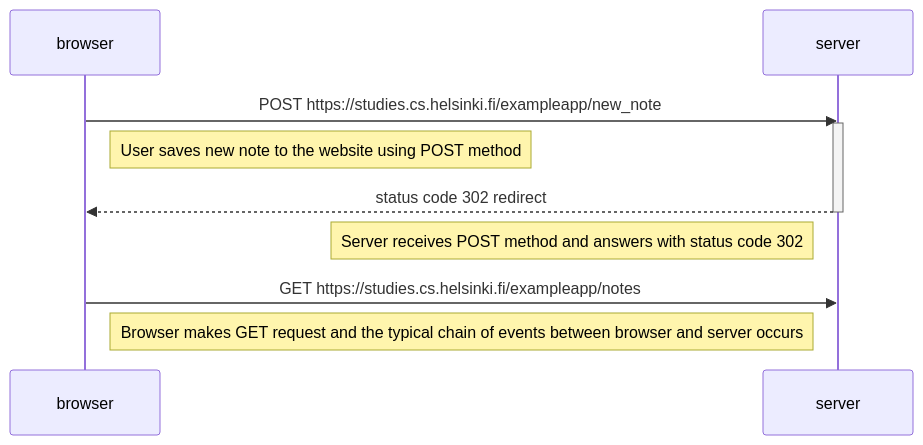
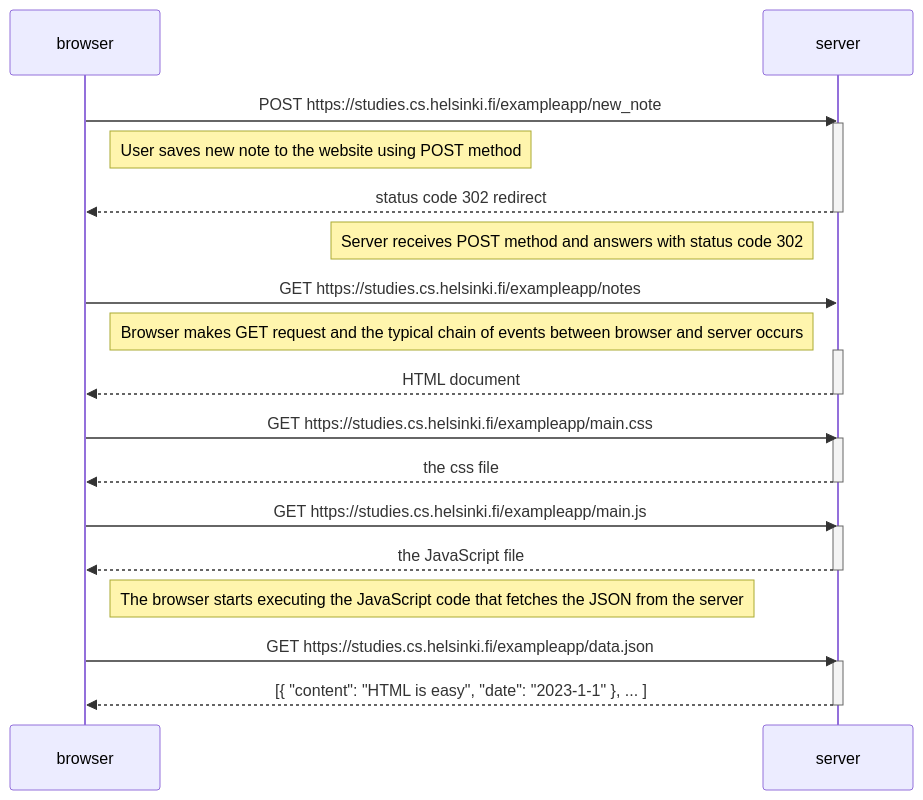
One commit to Waltter2211/Full-stack-palautus changed the diagram in Tehtävä 0.4.md. Above: the diagram before and after it, drawn with Mermaid.

Commit message:
Update Tehtävä 0.4.md

````diff
--- a/Tehtävä 0.4.md
+++ b/Tehtävä 0.4.md
@@ -1,14 +1,34 @@
 ```mermaid
 sequenceDiagram
     participant browser
     participant server
     
     browser->>server: POST https://studies.cs.helsinki.fi/exampleapp/new_note
     activate server
     Note right of browser: User saves new note to the website using POST method
     server-->>browser: status code 302 redirect
     deactivate server
     Note left of server: Server receives POST method and answers with status code 302
     browser->>server: GET https://studies.cs.helsinki.fi/exampleapp/notes
     Note right of browser: Browser makes GET request and the typical chain of events between browser and server occurs
+    activate server
+    server-->>browser: HTML document
+    deactivate server
+    
+    browser->>server: GET https://studies.cs.helsinki.fi/exampleapp/main.css
+    activate server
+    server-->>browser: the css file
+    deactivate server
+    
+    browser->>server: GET https://studies.cs.helsinki.fi/exampleapp/main.js
+    activate server
+    server-->>browser: the JavaScript file
+    deactivate server
+    
+    Note right of browser: The browser starts executing the JavaScript code that fetches the JSON from the server
+    
+    browser->>server: GET https://studies.cs.helsinki.fi/exampleapp/data.json
+    activate server
+    server-->>browser: [{ "content": "HTML is easy", "date": "2023-1-1" }, ... ]
+    deactivate server
 ```
````
